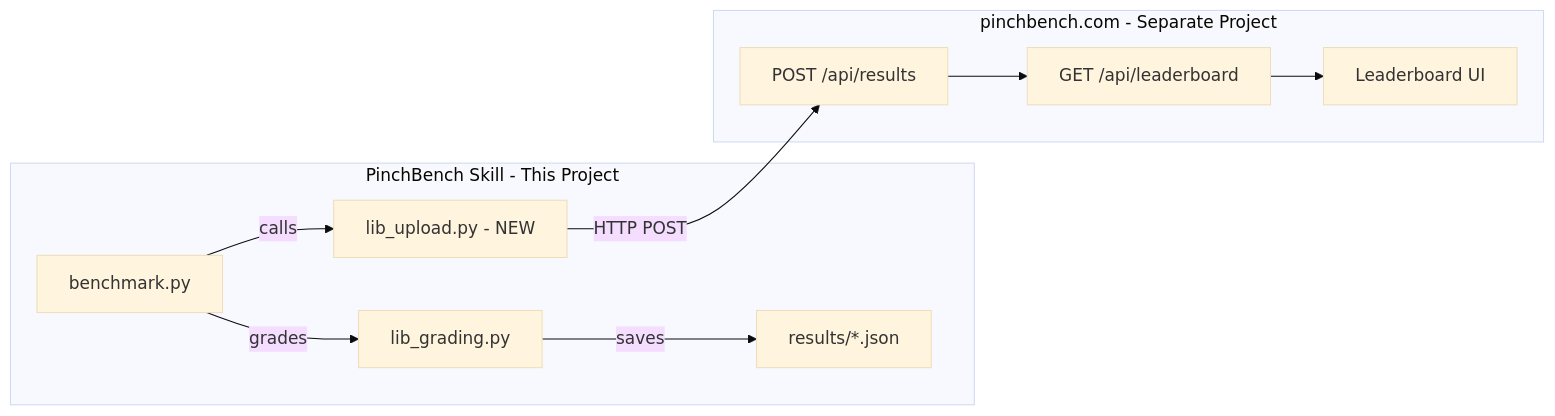
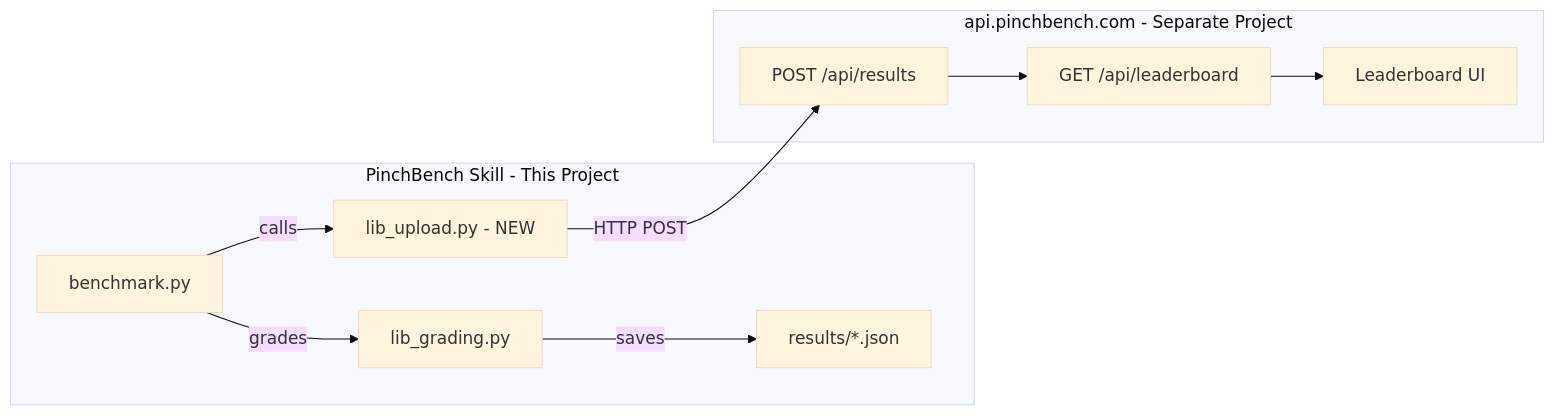
One commit to pinchbench/skill changed the diagram in plans/leaderboard-integration.md. Above: the diagram before and after it, drawn with Mermaid (base theme). The commit also changed other lines of this file and 2 other files, not shown here.

Commit message:
Move to api.

````diff
--- a/plans/leaderboard-integration.md
+++ b/plans/leaderboard-integration.md
@@ -16,21 +16,21 @@
 ```mermaid
 flowchart LR
     subgraph "PinchBench Skill - This Project"
         BENCH["benchmark.py"]
         GRADE["lib_grading.py"]
         UPLOAD["lib_upload.py - NEW"]
         RESULTS["results/*.json"]
     end
 
-    subgraph "pinchbench.com - Separate Project"
+    subgraph "api.pinchbench.com - Separate Project"
         API["POST /api/results"]
         LB["GET /api/leaderboard"]
         WEB["Leaderboard UI"]
     end
 
     BENCH -->|"grades"| GRADE
     GRADE -->|"saves"| RESULTS
     BENCH -->|"calls"| UPLOAD
     UPLOAD -->|"HTTP POST"| API
     API --> LB --> WEB
 ```
````
